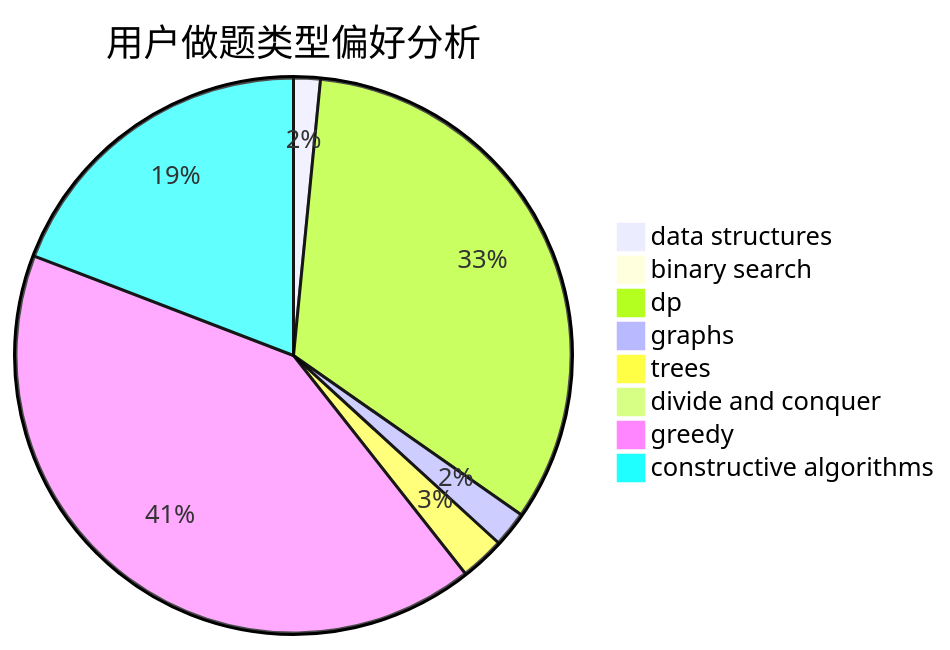
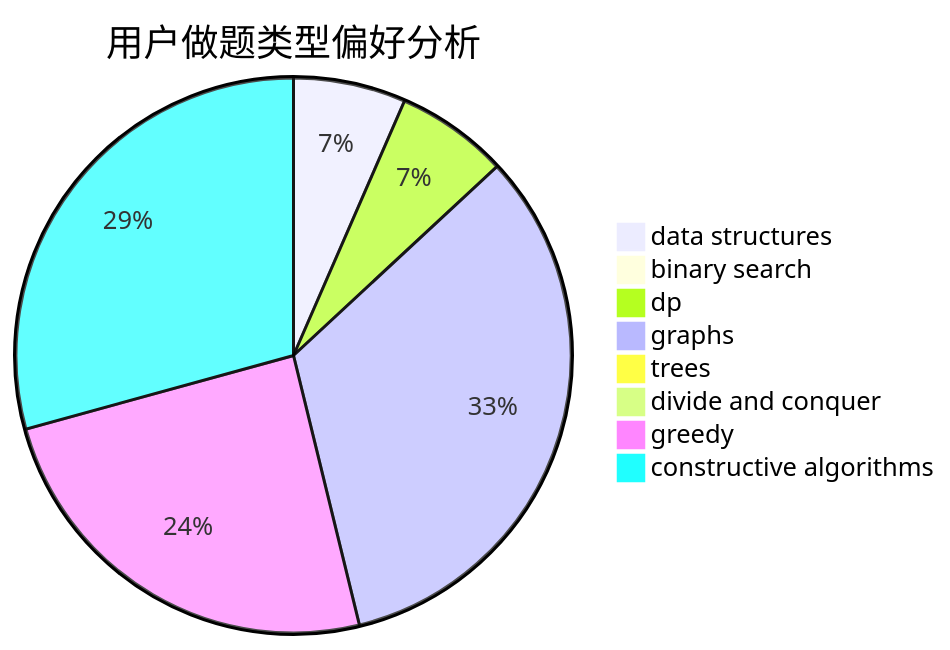
The second of 3 diagrams in docs/user/u1825.md (sherpahu/cfrs.github.io), drawn with Mermaid before and after one commit. The commit also changed other lines of this file and 2770 other files, not shown here.

````diff
--- a/docs/user/u1825.md
+++ b/docs/user/u1825.md
@@ -23,11 +23,11 @@
 ```mermaid
 pie title 用户做题类型偏好分析
-    "data structures" :  3
-    "binary search" :  0
-    "dp" :  64
-    "graphs" :  4
-    "trees" :  5
+    "data structures" :  36
+    "binary search" :  3
+    "dp" :  36
+    "graphs" :  182
+    "trees" :  0
     "divide and conquer" :  0
-    "greedy" :  80
-    "constructive algorithms" :  37
+    "greedy" :  135
+    "constructive algorithms" :  161
 ```
````
